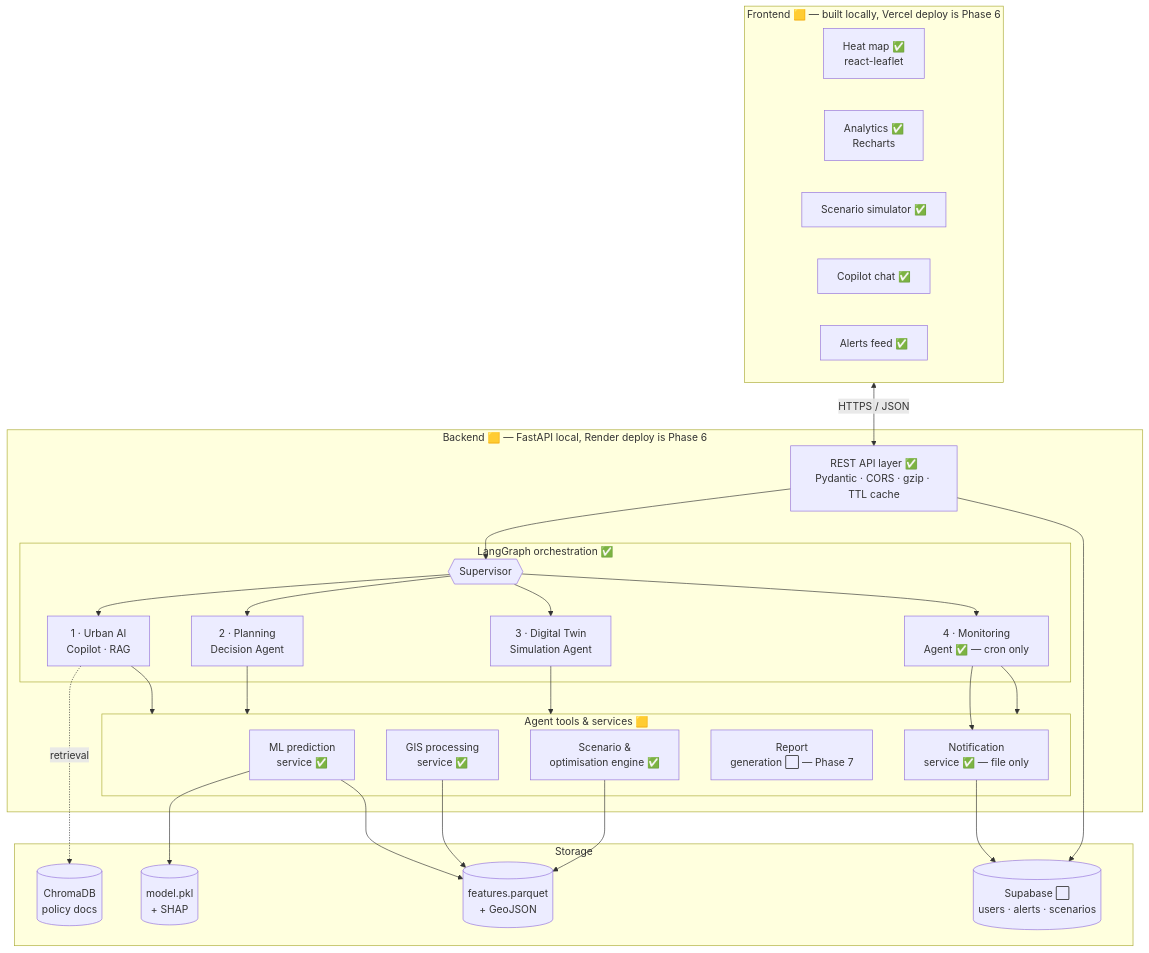
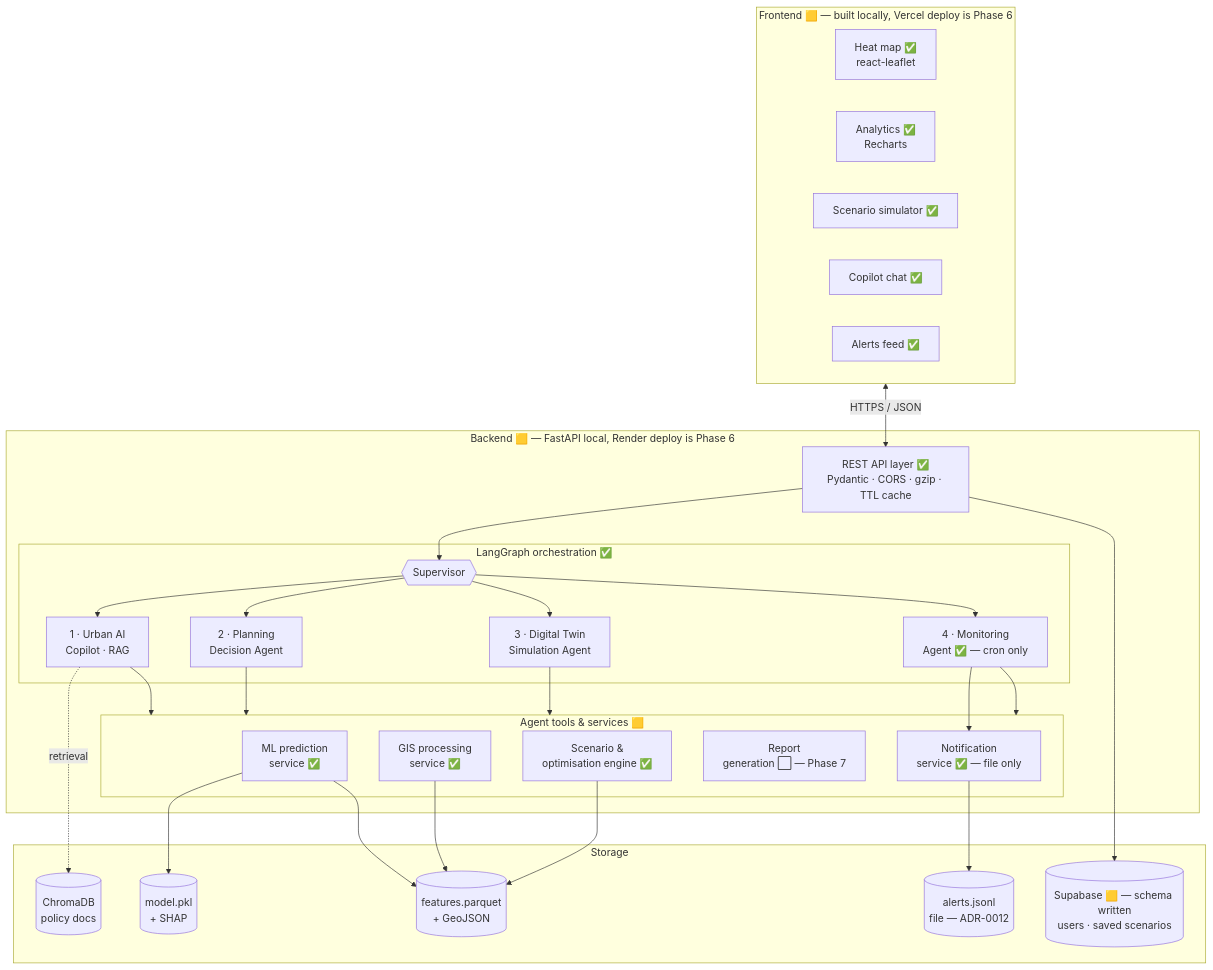
The second of 5 diagrams in docs/architecture.md (DevGurav/urbanheat-mumbai), drawn with Mermaid before and after one commit. The commit also changed other lines of this file and 5 other files, not shown here.

First line of the commit message:
feat: Supabase schema and RLS for saved scenarios

````diff
--- a/docs/architecture.md
+++ b/docs/architecture.md
@@ -43,48 +43,49 @@
 ```mermaid
 flowchart TB
     subgraph FE["Frontend 🟨 — built locally, Vercel deploy is Phase 6"]
         direction LR
         MAP[Heat map ✅<br/>react-leaflet]
         AN[Analytics ✅<br/>Recharts]
         SIM[Scenario simulator ✅]
         CHAT[Copilot chat ✅]
         ALR[Alerts feed ✅]
     end
 
     subgraph BE["Backend 🟨 — FastAPI local, Render deploy is Phase 6"]
         API[REST API layer ✅<br/>Pydantic · CORS · gzip · TTL cache]
 
         subgraph AG["LangGraph orchestration ✅"]
             SUP{{Supervisor}}
             A1[1 · Urban AI<br/>Copilot · RAG]
             A2[2 · Planning<br/>Decision Agent]
             A3[3 · Digital Twin<br/>Simulation Agent]
             A4[4 · Monitoring<br/>Agent ✅ — cron only]
         end
 
         subgraph SVC["Agent tools & services 🟨"]
             MLS[ML prediction<br/>service ✅]
             GIS[GIS processing<br/>service ✅]
             SCN[Scenario &<br/>optimisation engine ✅]
             RPT[Report<br/>generation ⬜ — Phase 7]
             NTF[Notification<br/>service ✅ — file only]
         end
     end
 
     subgraph ST["Storage"]
         FEAT[(features.parquet<br/>+ GeoJSON)]
         MDL[(model.pkl<br/>+ SHAP)]
         VEC[(ChromaDB<br/>policy docs)]
-        SUPA[(Supabase ⬜<br/>users · alerts · scenarios)]
+        ALOG[(alerts.jsonl<br/>file — ADR-0012)]
+        SUPA[(Supabase 🟨 — schema written<br/>users · saved scenarios)]
     end
 
     FE <-->|HTTPS / JSON| API
     API --> SUP
     SUP --> A1 & A2 & A3 & A4
     A1 & A2 & A3 & A4 --> SVC
     A1 -.retrieval.-> VEC
     MLS --> MDL
     MLS & GIS & SCN --> FEAT
-    A4 --> NTF --> SUPA
+    A4 --> NTF --> ALOG
     API --> SUPA
 ```
````
